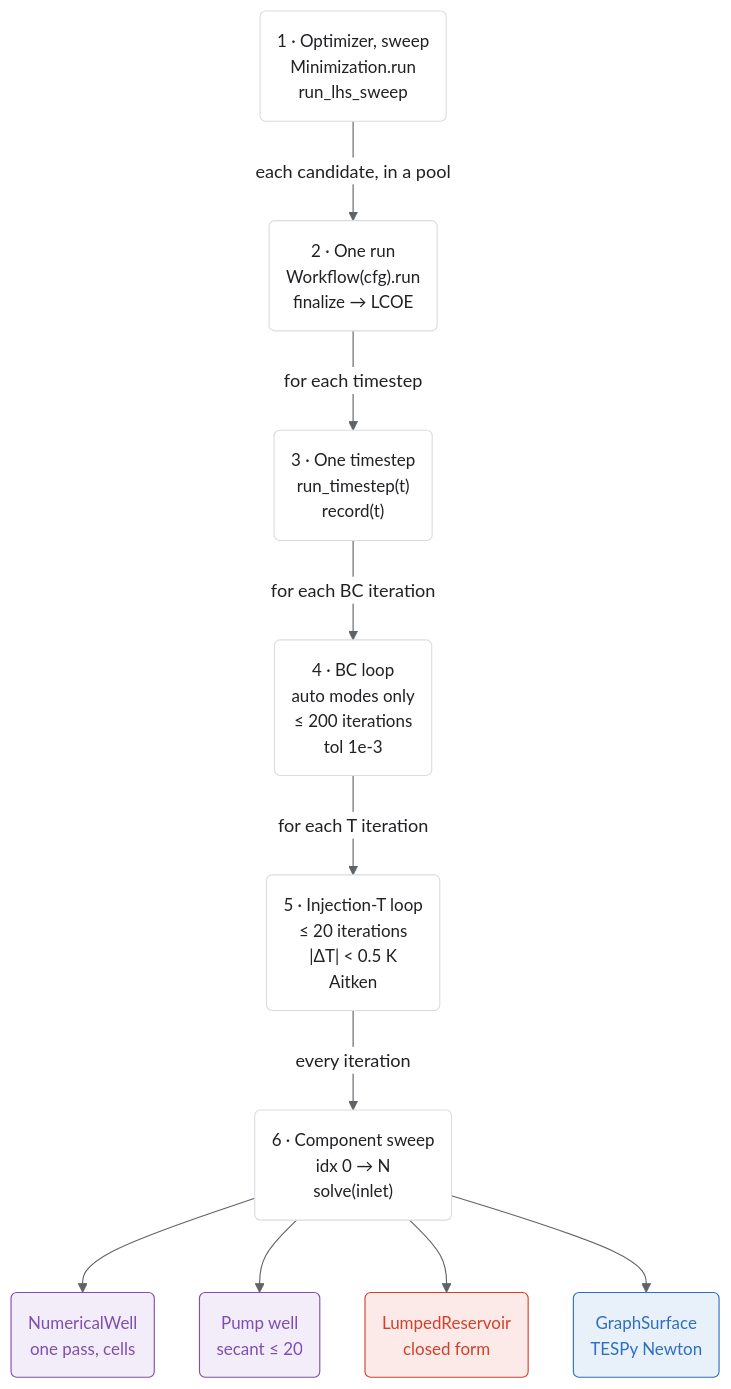
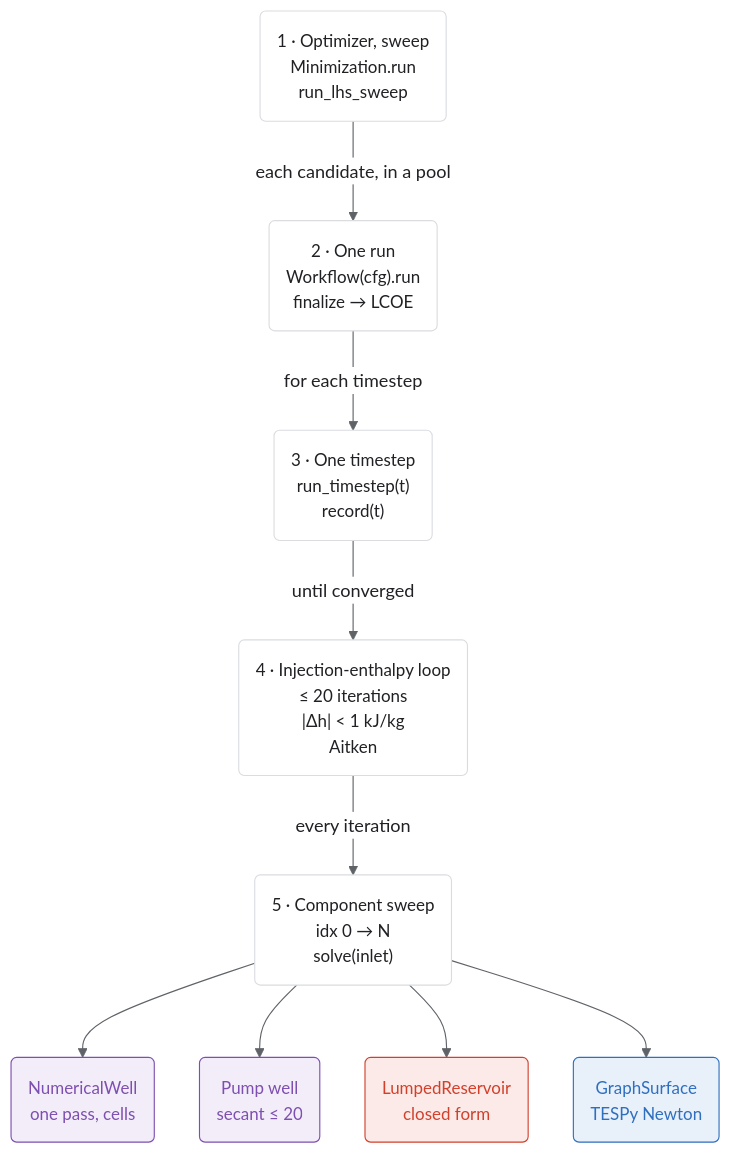
Before and after one commit to GEG-ETHZ/TANGO-core: the diagram in docs/runtime/index.md, drawn with Mermaid. The commit also changed other lines of this file and 376 other files, not shown here.

````diff
--- a/docs/runtime/index.md
+++ b/docs/runtime/index.md
@@ -5,35 +5,33 @@
 ```mermaid
 %%{init: {"theme":"base","themeVariables":{"primaryColor":"#FFFFFF","primaryTextColor":"#202124","primaryBorderColor":"#DADCE0","lineColor":"#5F6368","secondaryColor":"#F8F9FA","tertiaryColor":"#F8F9FA","clusterBkg":"#F8F9FA","clusterBorder":"#DADCE0","edgeLabelBackground":"#FFFFFF"},"flowchart":{"curve":"basis","nodeSpacing":40,"rankSpacing":64,"useMaxWidth":true}} }%%
 flowchart TB
   L1("1 · Optimizer, sweep<br/>Minimization.run<br/>run_lhs_sweep")
   L2("2 · One run<br/>Workflow(cfg).run<br/>finalize → LCOE")
   L3("3 · One timestep<br/>run_timestep(t)<br/>record(t)")
-  L4("4 · BC loop<br/>auto modes only<br/>≤ 200 iterations<br/>tol 1e-3")
-  L5("5 · Injection-T loop<br/>≤ 20 iterations<br/>|ΔT| < 0.5 K<br/>Aitken")
-  L6("6 · Component sweep<br/>idx 0 → N<br/>solve(inlet)")
+  L4("4 · Injection-enthalpy loop<br/>≤ 20 iterations<br/>|Δh| < 1 kJ/kg<br/>Aitken")
+  L5("5 · Component sweep<br/>idx 0 → N<br/>solve(inlet)")
   w1("NumericalWell<br/>one pass, cells")
   w2("Pump well<br/>secant ≤ 20")
   r1("LumpedReservoir<br/>closed form")
   s1("GraphSurface<br/>TESPy Newton")
 
   L1 -- "each candidate, in a pool" --> L2
   L2 -- "for each timestep" --> L3
-  L3 -- "for each BC iteration" --> L4
-  L4 -- "for each T iteration" --> L5
-  L5 -- "every iteration" --> L6
-  L6 --> w1 & w2 & r1 & s1
+  L3 -- "until converged" --> L4
+  L4 -- "every iteration" --> L5
+  L5 --> w1 & w2 & r1 & s1
 
   class L1 code
-  class L2,L3,L4,L5,L6 code
+  class L2,L3,L4,L5 code
   class w1,w2 well
   class r1 res
   class s1 surf
   classDef well  fill:#F3EDF9,stroke:#7D4FB0,color:#7D4FB0,font-size:15px
   classDef res   fill:#FBEAE7,stroke:#D2402C,color:#D2402C,font-size:15px
   classDef surf  fill:#E8F0FA,stroke:#2F6FBF,color:#2F6FBF,font-size:15px
   classDef econ  fill:#E0F2F1,stroke:#007B83,color:#007B83,font-size:15px
   classDef code  fill:#FFFFFF,stroke:#DADCE0,color:#202124,font-size:15px
   classDef err   fill:#FCE8E6,stroke:#D93025,color:#D93025,font-size:15px
   classDef out   fill:#FFFFFF,stroke:#9AA0A6,color:#5F6368,stroke-dasharray:4 3,font-size:15px
   classDef human fill:#202124,stroke:#9AA0A6,color:#FFFFFF,font-size:15px
 ```
````
